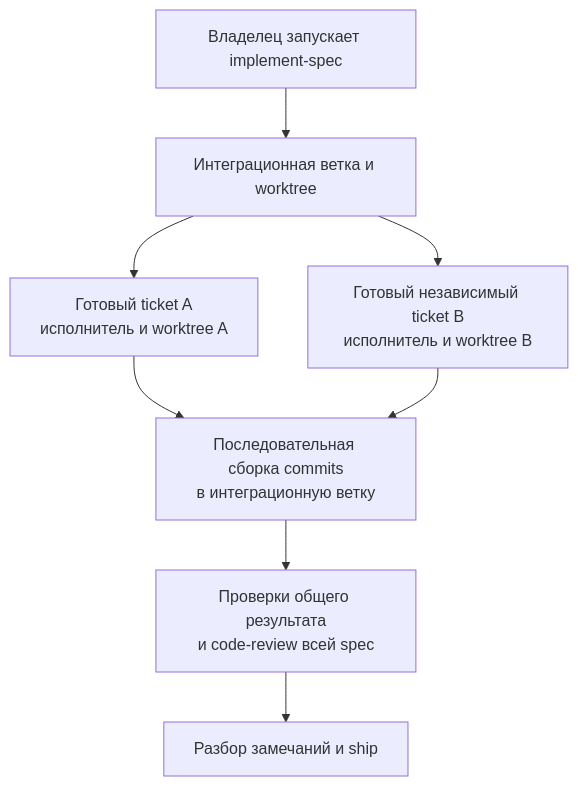
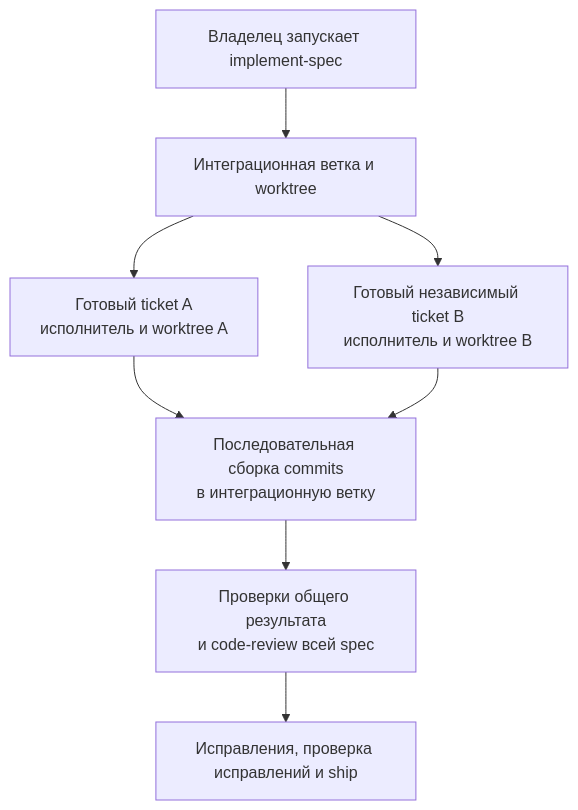
One commit to KirillSachkov/ai-first-platform changed the second of 3 diagrams in docs/development-flow.md. Above: the diagram before and after it, drawn with Mermaid. The commit also changed other lines of this file and 8 other files, not shown here.

````diff
--- a/docs/development-flow.md
+++ b/docs/development-flow.md
@@ -61,10 +61,10 @@
 ```mermaid
 flowchart TD
     A["Владелец запускает implement-spec"] --> B["Интеграционная ветка и worktree"]
     B --> C["Готовый ticket A<br/>исполнитель и worktree A"]
     B --> D["Готовый независимый ticket B<br/>исполнитель и worktree B"]
     C --> E["Последовательная сборка commits<br/>в интеграционную ветку"]
     D --> E
     E --> F["Проверки общего результата<br/>и code-review всей spec"]
-    F --> G["Разбор замечаний и ship"]
+    F --> G["Исправления, проверка исправлений и ship"]
 ```
````
